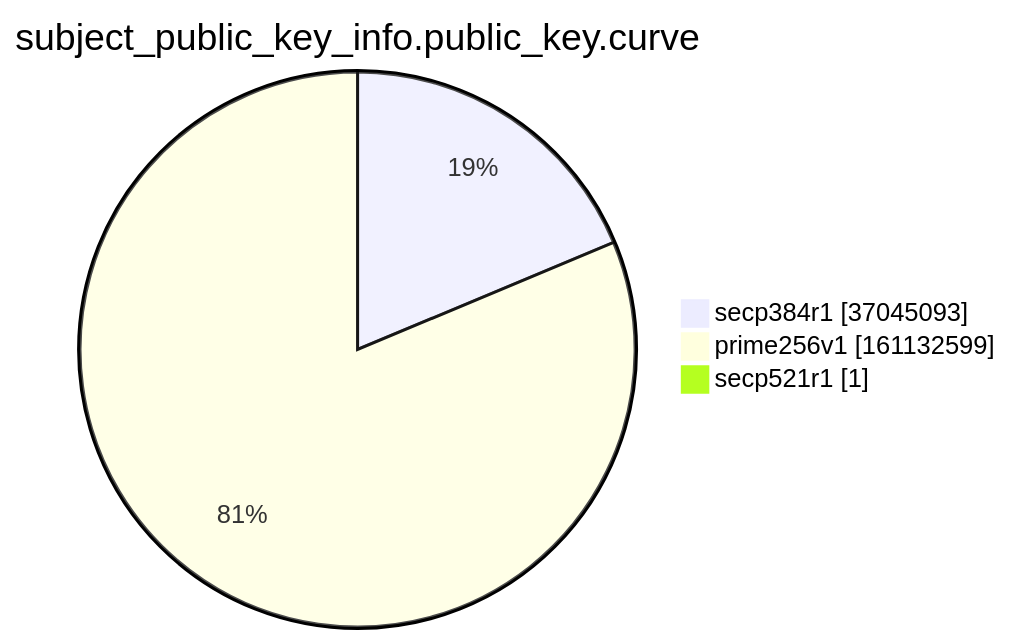
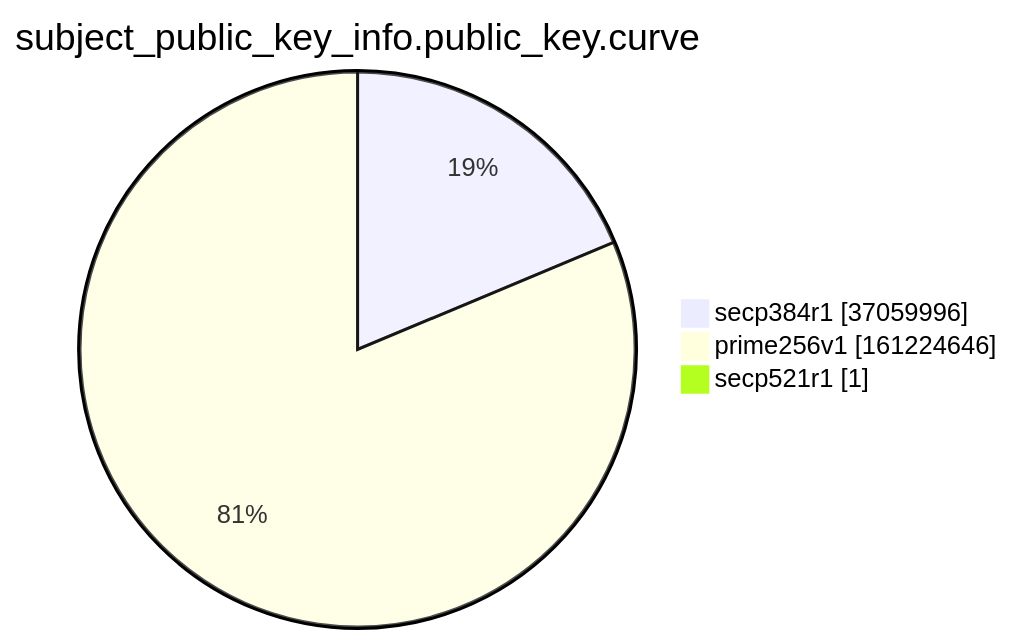
One commit to christiankrug/ctmonitor_visualization changed the ninth of 15 diagrams in argon2022/README.md. Above: the diagram before and after it, drawn with Mermaid. The commit also changed other lines of this file, not shown here.

````diff
--- a/argon2022/README.md
+++ b/argon2022/README.md
@@ -2766,7 +2766,7 @@
 ```mermaid
 pie showData
 title subject_public_key_info.public_key.curve
-"secp384r1" :37045093
-"prime256v1" :161132599
+"secp384r1" :37059996
+"prime256v1" :161224646
 "secp521r1" :1
 ```
````
